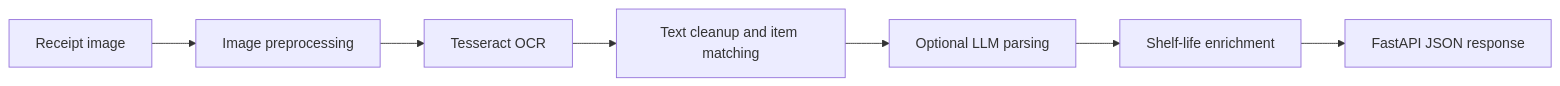
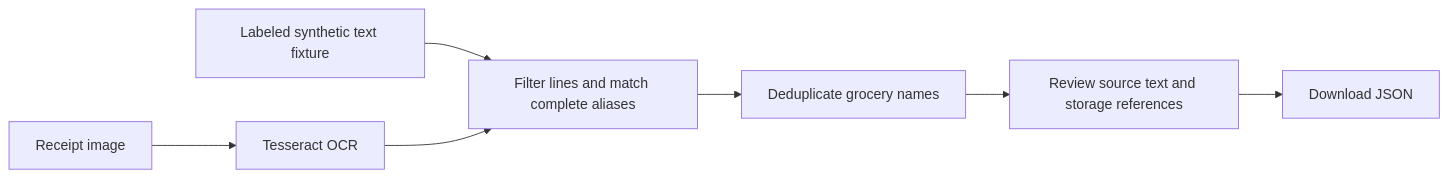
The diagram in README.md (smgpulse007/FreshTrackAIModule), drawn with Mermaid before and after one commit. The commit also changed other lines of this file and 17 other files, not shown here.

First line of the commit message:
Build an inspectable receipt demo with tested OCR (#1)

````diff
--- a/README.md
+++ b/README.md
@@ -13,9 +41,9 @@
 ```mermaid
 flowchart LR
-    A["Receipt image"] --> B["Image preprocessing"]
-    B --> C["Tesseract OCR"]
-    C --> D["Text cleanup and item matching"]
-    D --> E["Optional LLM parsing"]
-    E --> F["Shelf-life enrichment"]
-    F --> G["FastAPI JSON response"]
+    A[Receipt image] --> B[Tesseract OCR]
+    S[Labeled synthetic text fixture] --> C
+    B --> C[Filter lines and match complete aliases]
+    C --> D[Deduplicate grocery names]
+    D --> E[Review source text and storage references]
+    E --> F[Download JSON]
 ```
````
